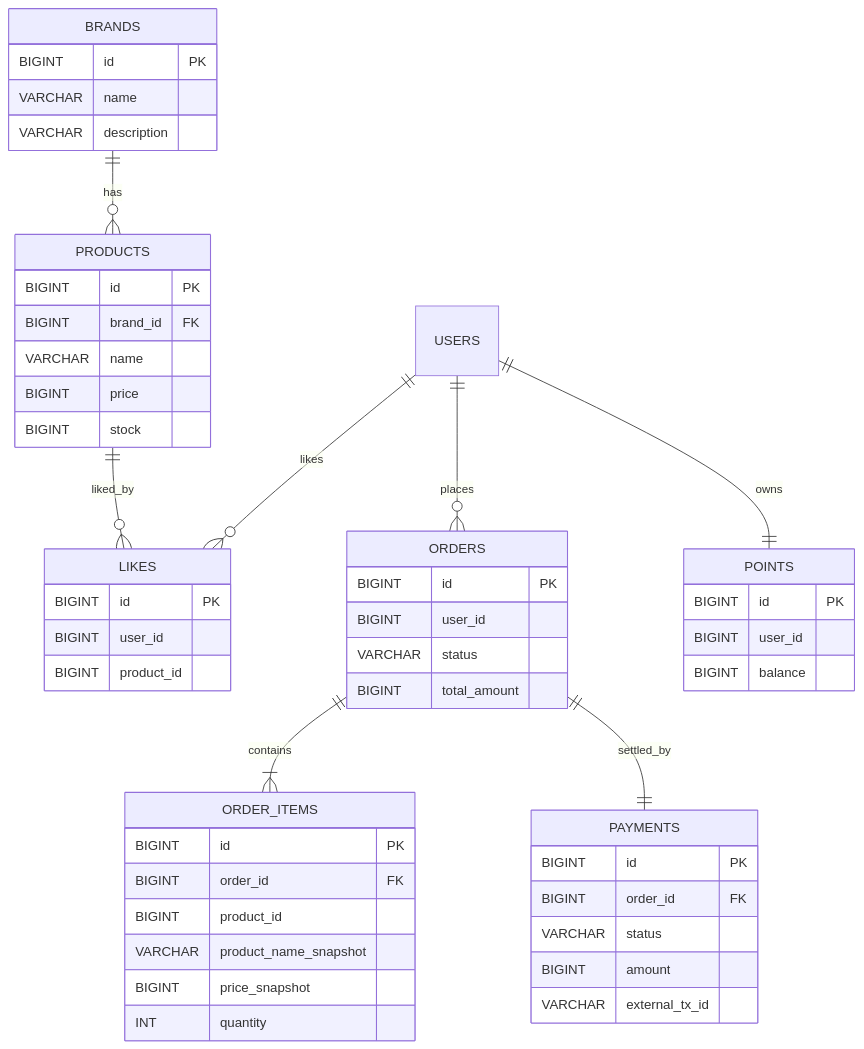
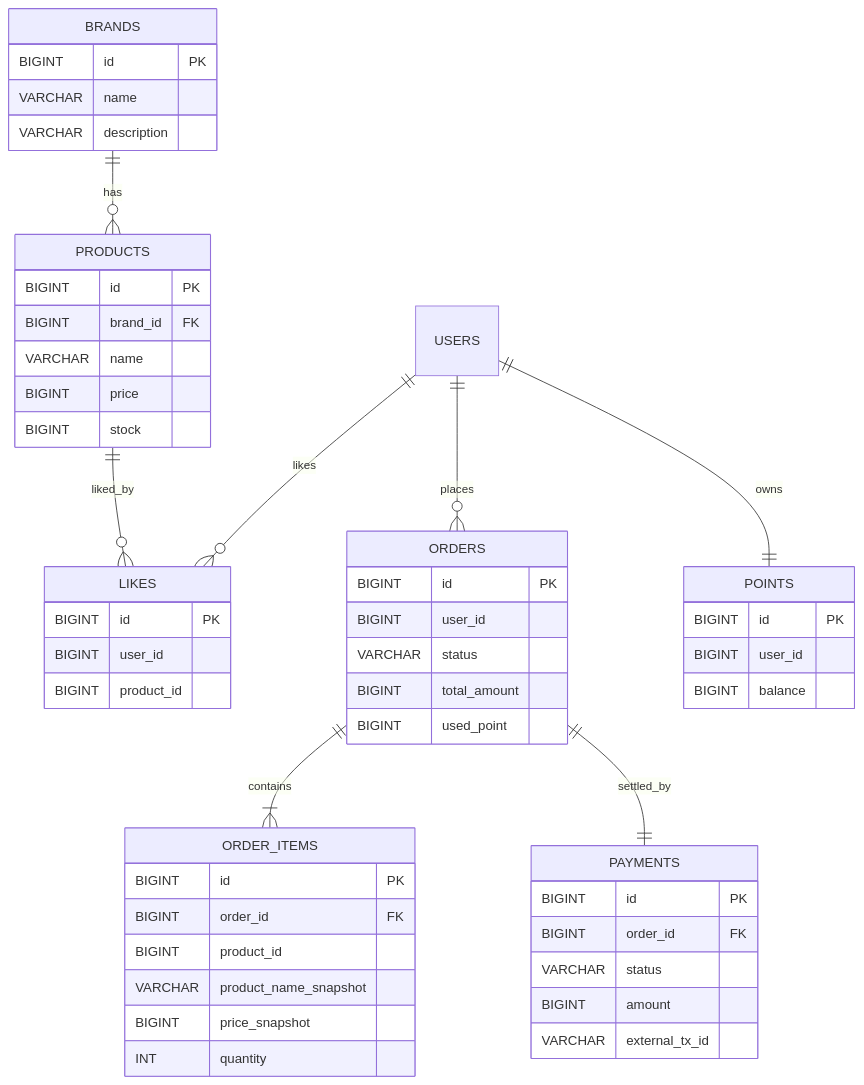
Before and after one commit to loopers-labs/loop-pack-be-l2-vol4-java: the diagram in .docs/design/04-erd.md, drawn with Mermaid. The commit also changed other lines of this file and 3 other files, not shown here.

````diff
--- a/.docs/design/04-erd.md
+++ b/.docs/design/04-erd.md
@@ -8,54 +8,55 @@
 ```mermaid
 erDiagram
     BRANDS ||--o{ PRODUCTS : has
     PRODUCTS ||--o{ LIKES : liked_by
     USERS ||--o{ LIKES : likes
     USERS ||--o{ ORDERS : places
     ORDERS ||--|{ ORDER_ITEMS : contains
     ORDERS ||--|| PAYMENTS : settled_by
     USERS ||--|| POINTS : owns
 
     BRANDS {
         BIGINT id PK
         VARCHAR name
         VARCHAR description
     }
     PRODUCTS {
         BIGINT id PK
         BIGINT brand_id FK
         VARCHAR name
         BIGINT price
         BIGINT stock
     }
     LIKES {
         BIGINT id PK
         BIGINT user_id
         BIGINT product_id
     }
     ORDERS {
         BIGINT id PK
         BIGINT user_id
         VARCHAR status
         BIGINT total_amount
+        BIGINT used_point
     }
     ORDER_ITEMS {
         BIGINT id PK
         BIGINT order_id FK
         BIGINT product_id
         VARCHAR product_name_snapshot
         BIGINT price_snapshot
         INT quantity
     }
     PAYMENTS {
         BIGINT id PK
         BIGINT order_id FK
         VARCHAR status
         BIGINT amount
         VARCHAR external_tx_id
     }
     POINTS {
         BIGINT id PK
         BIGINT user_id
         BIGINT balance
     }
 ```
````
